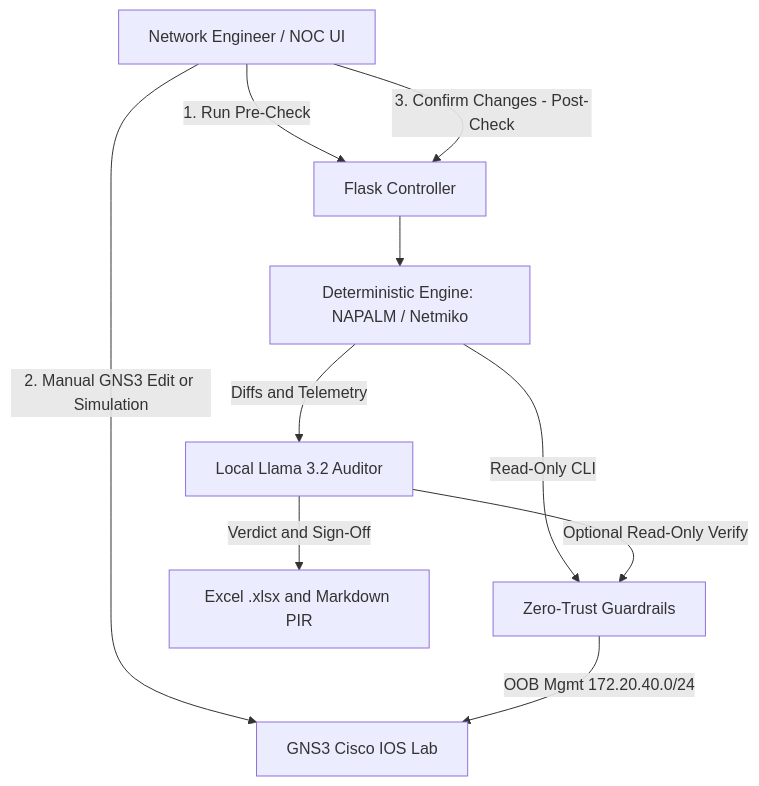
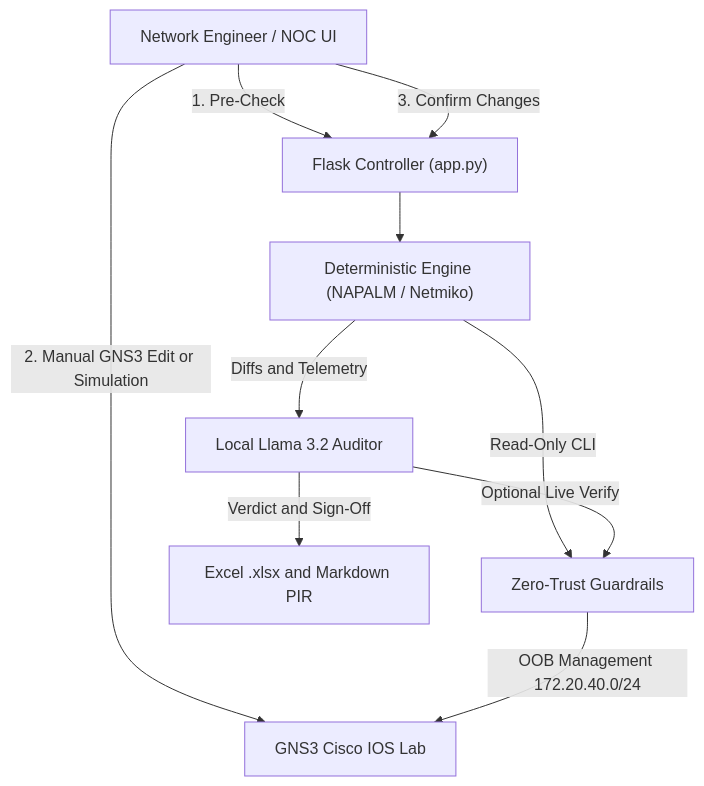
The diagram in README.md (shahkh-eng/netops-ai-mop-auditor), drawn with Mermaid before and after one commit. The commit also changed other lines of this file, not shown here.

````diff
--- a/README.md
+++ b/README.md
@@ -45,14 +44,14 @@
 ```mermaid
-graph TD
-    A[Network Engineer / NOC UI] -->|1. Run Pre-Check| B[Flask Controller]
-    A -->|2. Manual GNS3 Edit or Simulation| C[GNS3 Cisco IOS Lab]
-    A -->|3. Confirm Changes - Post-Check| B
+flowchart TD
+    A["Network Engineer / NOC UI"] -->|"1. Pre-Check"| B["Flask Controller (app.py)"]
+    A -->|"2. Manual GNS3 Edit or Simulation"| C["GNS3 Cisco IOS Lab"]
+    A -->|"3. Confirm Changes"| B
 
-    B --> D[Deterministic Engine: NAPALM / Netmiko]
-    D -->|Read-Only CLI| E[Zero-Trust Guardrails]
-    E -->|OOB Mgmt 172.20.40.0/24| C
+    B --> D["Deterministic Engine (NAPALM / Netmiko)"]
+    D -->|"Read-Only CLI"| E["Zero-Trust Guardrails"]
+    E -->|"OOB Management 172.20.40.0/24"| C
 
-    D -->|Diffs and Telemetry| F[Local Llama 3.2 Auditor]
-    F -->|Optional Read-Only Verify| E
-    F -->|Verdict and Sign-Off| G[Excel .xlsx and Markdown PIR]
+    D -->|"Diffs and Telemetry"| F["Local Llama 3.2 Auditor"]
+    F -->|"Optional Live Verify"| E
+    F -->|"Verdict and Sign-Off"| G["Excel .xlsx and Markdown PIR"]
 ```
````
